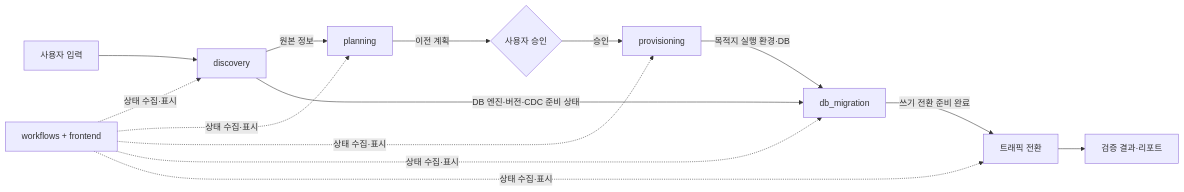
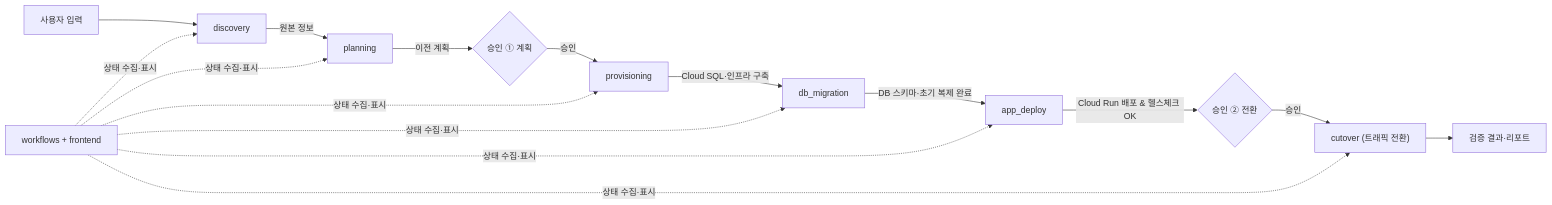
The diagram in docs/workflows/module-contract.md (SB-Alpha/Alpha), drawn with Mermaid before and after one commit. The commit also changed other lines of this file, not shown here.

Commit message:
docs(workflows): update contract with app_deploy stage and cutover protocol

````diff
--- a/docs/workflows/module-contract.md
+++ b/docs/workflows/module-contract.md
@@ -14,12 +14,13 @@
 ```mermaid
 flowchart LR
     U["사용자 입력"] --> D["discovery"]
     D -->|원본 정보| P["planning"]
-    P -->|이전 계획| A{"사용자 승인"}
+    P -->|이전 계획| A{"승인 ① 계획"}
     A -->|승인| V["provisioning"]
-    V -->|목적지 실행 환경·DB| M["db_migration"]
-    D -->|DB 엔진·버전·CDC 준비 상태| M
-    M -->|쓰기 전환 준비 완료| T["트래픽 전환"]
+    V -->|Cloud SQL·인프라 구축| M["db_migration"]
+    M -->|DB 스키마·초기 복제 완료| AD["app_deploy"]
+    AD -->|Cloud Run 배포 & 헬스체크 OK| B{"승인 ② 전환"}
+    B -->|승인| T["cutover (트래픽 전환)"]
     T --> R["검증 결과·리포트"]
-    W["workflows + frontend"] -.상태 수집·표시.-> D & P & V & M & T
+    W["workflows + frontend"] -.상태 수집·표시.-> D & P & V & M & AD & T
 ```
````
